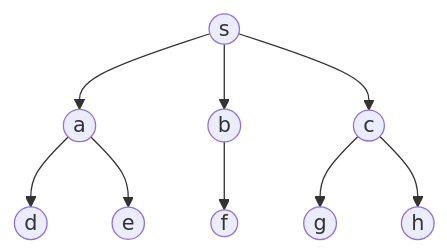
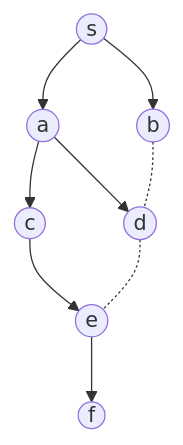
One commit to Meer-Matze/Meer-Matze.github.io changed the fourth of 5 diagrams in src/content/posts/图.md. Above: the diagram before and after it, drawn with Mermaid. The commit also changed other lines of this file, not shown here.

Commit message:
修正了图论中大量问题

````diff
--- a/src/content/posts/图.md
+++ b/src/content/posts/图.md
@@ -276,11 +395,11 @@
 ```mermaid
 graph TD
   s((s)) --> a((a))
   s --> b((b))
-  s --> c((c))
+  a --> c((c))
   a --> d((d))
-  a --> e((e))
-  b --> f((f))
-  c --> g((g))
-  c --> h((h))
+  c --> e((e))
+  e --> f((f))
+  b -.- d
+  d -.- e
 ```
````
